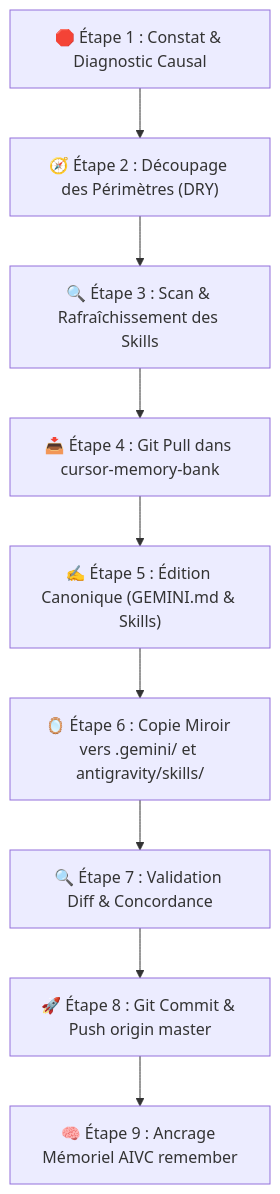
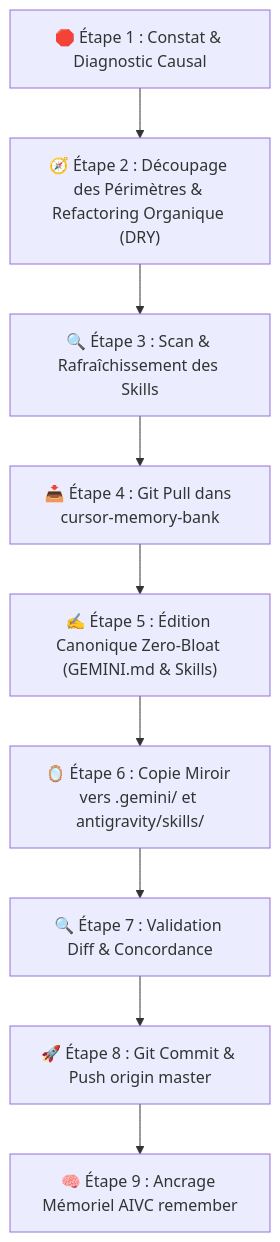
One commit to hjamet/cursor-memory-bank changed the third of 3 diagrams in src/skills/reflect/SKILL.md. Above: the diagram before and after it, drawn with Mermaid. The commit also changed other lines of this file and 3 other files, not shown here.

Commit message:
docs(system): add universal image format rule and zero-bloat refactoring protocol

````diff
--- a/src/skills/reflect/SKILL.md
+++ b/src/skills/reflect/SKILL.md
@@ -130,11 +135,11 @@
 ```mermaid
 flowchart TD
-    Step1["🛑 Étape 1 : Constat & Diagnostic Causal"] --> Step2["🧭 Étape 2 : Découpage des Périmètres (DRY)"]
+    Step1["🛑 Étape 1 : Constat & Diagnostic Causal"] --> Step2["🧭 Étape 2 : Découpage des Périmètres & Refactoring Organique (DRY)"]
     Step2 --> Step3["🔍 Étape 3 : Scan & Rafraîchissement des Skills"]
     Step3 --> Step4["📥 Étape 4 : Git Pull dans cursor-memory-bank"]
-    Step4 --> Step5["✍️ Étape 5 : Édition Canonique (GEMINI.md & Skills)"]
+    Step4 --> Step5["✍️ Étape 5 : Édition Canonique Zero-Bloat (GEMINI.md & Skills)"]
     Step5 --> Step6["🪞 Étape 6 : Copie Miroir vers .gemini/ et antigravity/skills/"]
     Step6 --> Step7["🔍 Étape 7 : Validation Diff & Concordance"]
     Step7 --> Step8["🚀 Étape 8 : Git Commit & Push origin master"]
     Step8 --> Step9["🧠 Étape 9 : Ancrage Mémoriel AIVC remember"]
 ```
````
